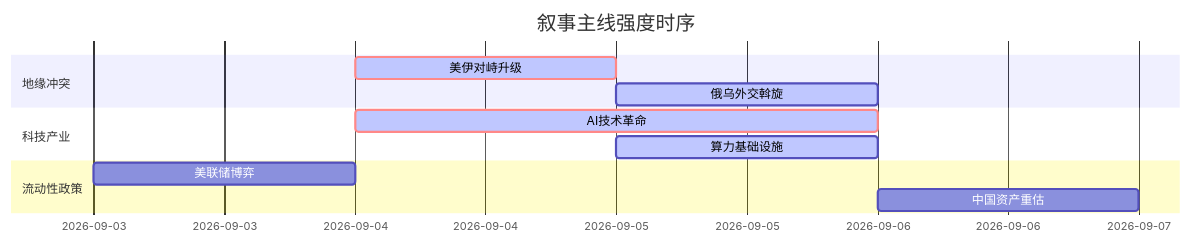
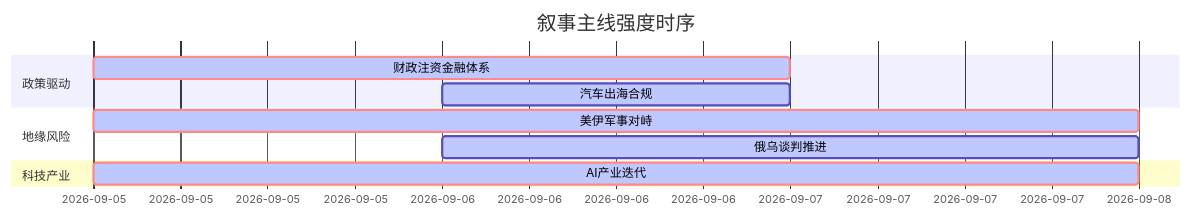
One commit to uu5zn/uu5zn.github.io changed the diagram in 5day_report.md. Above: the diagram before and after it, drawn with Mermaid. The commit also changed other lines of this file and 24 other files, not shown here.

````diff
--- a/5day_report.md
+++ b/5day_report.md
@@ -58,16 +86,15 @@
 ```mermaid
 gantt
     title 叙事主线强度时序
     dateFormat YYYY-MM-DD
-    section 地缘冲突
-    美伊对峙升级   :crit, active, 2026-09-04, 1d
-    俄乌外交斡旋   :active, 2026-09-05, 1d
+    section 政策驱动
+    财政注资金融体系   :crit, active, 2026-09-05, 2d
+    汽车出海合规       :active, 2026-09-06, 1d
+    
+    section 地缘风险
+    美伊军事对峙       :crit, active, 2026-09-05, 3d
+    俄乌谈判推进       :active, 2026-09-06, 2d
     
     section 科技产业
-    AI技术革命    :crit, active, 2026-09-04, 2d
-    算力基础设施  :active, 2026-09-05, 1d
-    
-    section 流动性政策
-    美联储博弈    :2026-09-03, 1d
-    中国资产重估  :2026-09-06, 1d
+    AI产业迭代         :crit, active, 2026-09-05, 3d
 ```
````
